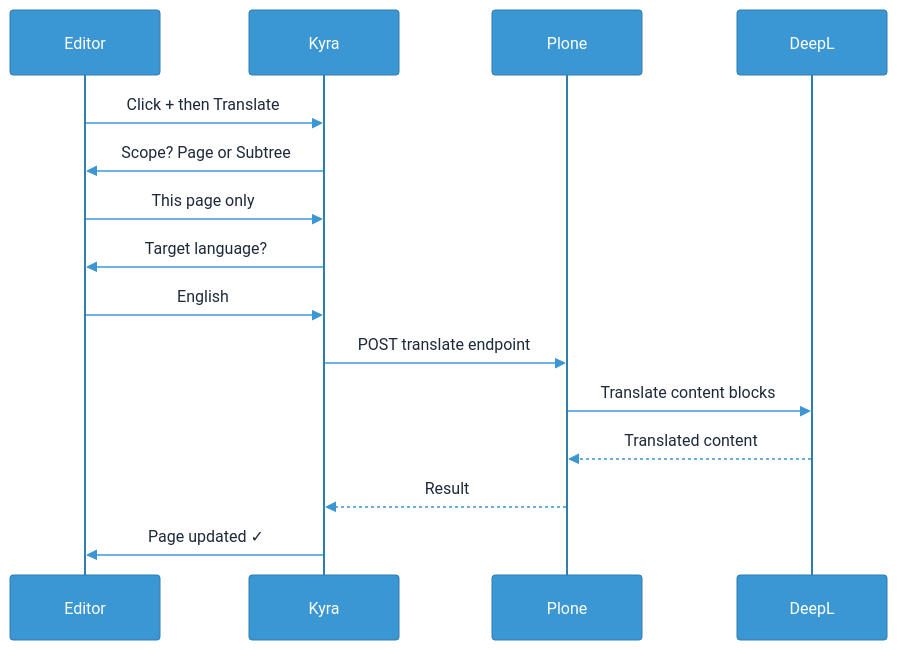
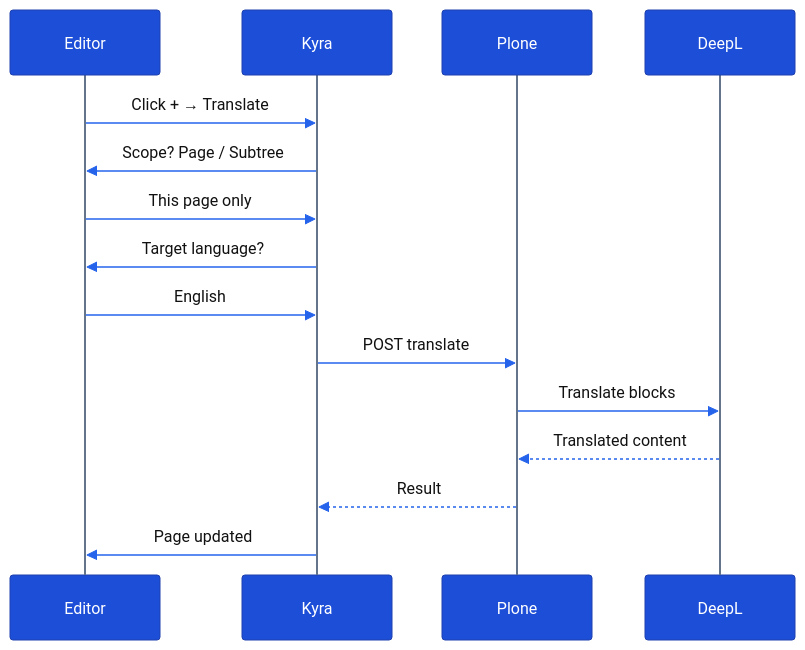
Before and after one commit to interaktivgmbh/volto-interaktiv-kyra: the first of 6 diagrams in README.md, drawn with Mermaid. The commit also changed other lines of this file, not shown here.

Commit message:
Enhance README with added contents section, updated Mermaid diagrams, refined styles, and improved feature visualization

````diff
--- a/README.md
+++ b/README.md
@@ -43,19 +51,19 @@
 ```mermaid
-%%{init: {'theme': 'base', 'themeVariables': {'primaryColor': '#e8f4fd', 'primaryBorderColor': '#3b97d4', 'primaryTextColor': '#1e293b', 'lineColor': '#3b97d4', 'signalColor': '#3b97d4', 'actorBkg': '#3b97d4', 'actorTextColor': '#fff', 'actorBorder': '#307db0', 'noteBkgColor': '#fef9c3', 'noteBorderColor': '#eab308'}}}%%
+%%{init: {'theme': 'base', 'themeVariables': {'primaryColor': '#dbeafe', 'primaryBorderColor': '#2563eb', 'primaryTextColor': '#111', 'lineColor': '#2563eb', 'signalColor': '#2563eb', 'signalTextColor': '#111', 'labelTextColor': '#111', 'actorBkg': '#1d4ed8', 'actorTextColor': '#fff', 'actorBorder': '#1e40af', 'actorLineColor': '#64748b', 'noteBkgColor': '#fef3c7', 'noteBorderColor': '#d97706', 'noteTextColor': '#111'}}}%%
 sequenceDiagram
     participant Editor
     participant Kyra
     participant Plone
     participant DeepL
 
-    Editor->>Kyra: Click + then Translate
-    Kyra->>Editor: Scope? Page or Subtree
+    Editor->>Kyra: Click + → Translate
+    Kyra->>Editor: Scope? Page / Subtree
     Editor->>Kyra: This page only
     Kyra->>Editor: Target language?
     Editor->>Kyra: English
-    Kyra->>Plone: POST translate endpoint
-    Plone->>DeepL: Translate content blocks
+    Kyra->>Plone: POST translate
+    Plone->>DeepL: Translate blocks
     DeepL-->>Plone: Translated content
     Plone-->>Kyra: Result
-    Kyra->>Editor: Page updated ✓
+    Kyra->>Editor: Page updated
 ```
````
